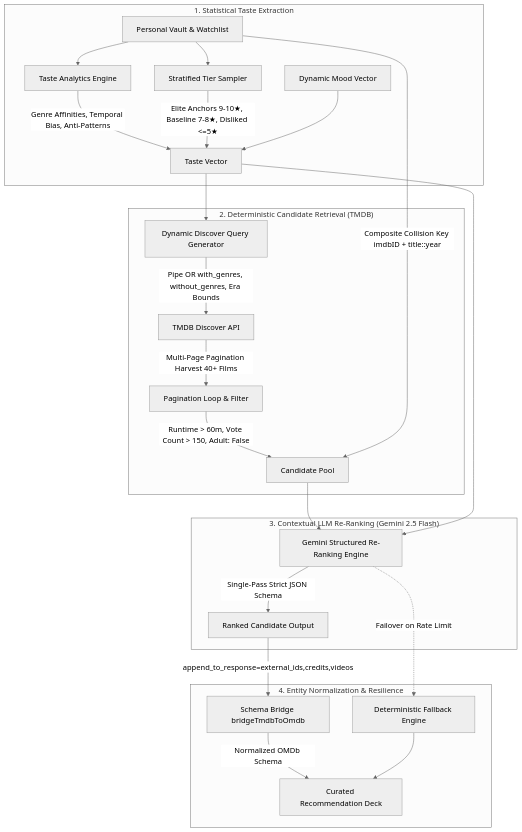
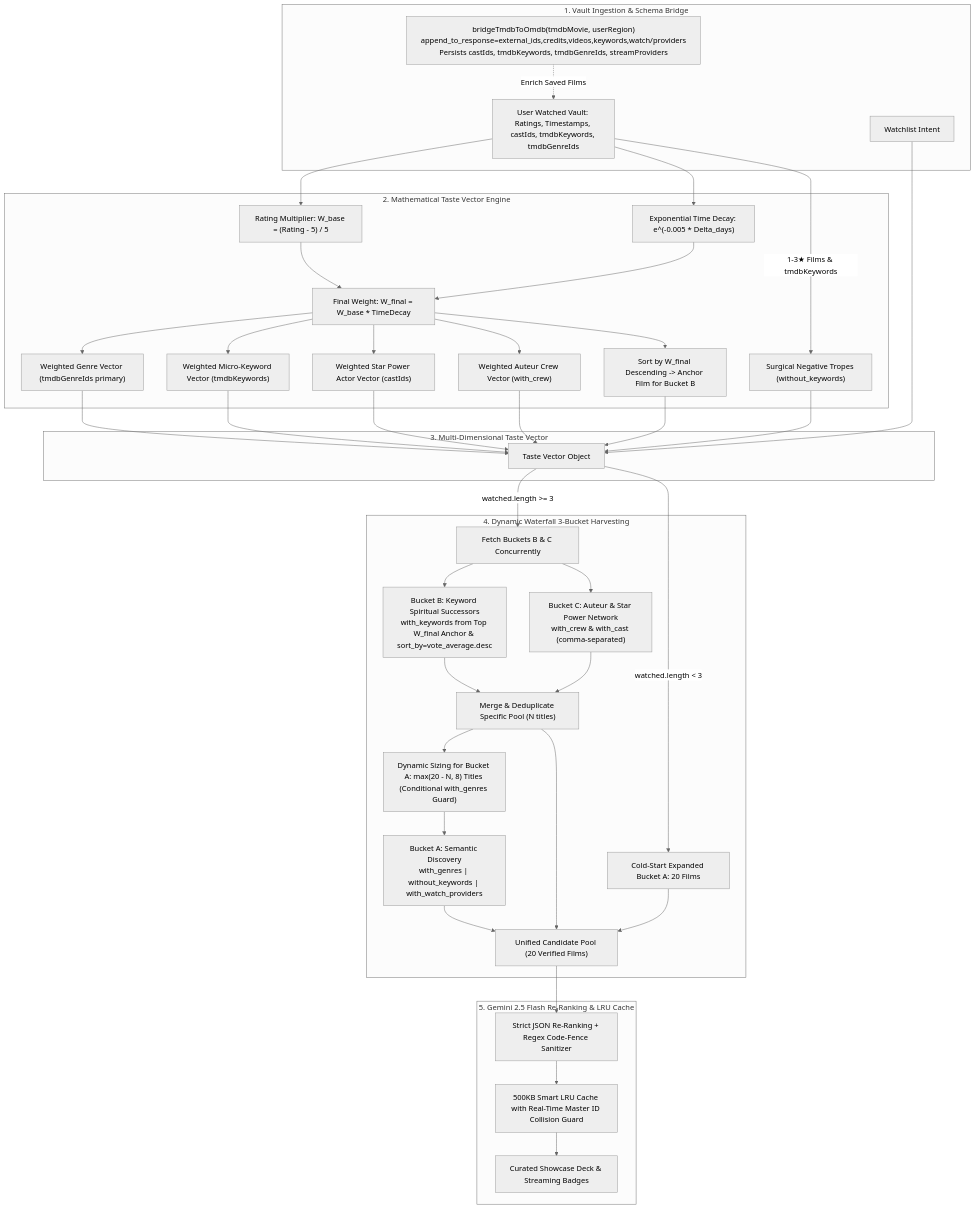
One commit to khuzaima175/React-Movie-Original changed the diagram in README.md. Above: the diagram before and after it, drawn with Mermaid (neutral theme). The commit also changed other lines of this file and 5 other files, not shown here.

Commit message:
feat: complete v3.0 god-tier recommendation engine with 3-bucket waterfall, LRU cache, and trailer portal

````diff
--- a/README.md
+++ b/README.md
@@ -35,31 +35,57 @@
 ```mermaid
 flowchart TD
-    subgraph UserProfile ["1. Statistical Taste Extraction"]
-        V[Personal Vault & Watchlist] --> ST[Stratified Tier Sampler]
-        V --> TP[Taste Analytics Engine]
-        TP -->|Genre Affinities, Temporal Bias, Anti-Patterns| TV[Taste Vector]
-        ST -->|Elite Anchors 9-10★, Baseline 7-8★, Disliked <=5★| TV
-        MB[Dynamic Mood Vector] --> TV
+    subgraph RawVault ["1. Vault Ingestion & Schema Bridge"]
+        V[User Watched Vault: Ratings, Timestamps, castIds, tmdbKeywords, tmdbGenreIds]
+        W[Watchlist Intent]
+        SB["bridgeTmdbToOmdb(tmdbMovie, userRegion)\nappend_to_response=external_ids,credits,videos,keywords,watch/providers\nPersists castIds, tmdbKeywords, tmdbGenreIds, streamProviders"] -.->|Enrich Saved Films| V
     end
 
-    subgraph Stage1 ["2. Deterministic Candidate Retrieval (TMDB)"]
-        TV --> QG[Dynamic Discover Query Generator]
-        QG -->|Pipe OR with_genres, without_genres, Era Bounds| TMDB[TMDB Discover API]
-        TMDB -->|Multi-Page Pagination Harvest 40+ Films| PL[Pagination Loop & Filter]
-        PL -->|Runtime > 60m, Vote Count > 150, Adult: False| CF[Candidate Pool]
-        V -->|Composite Collision Key imdbID + title::year| CF
+    subgraph MathEngine ["2. Mathematical Taste Vector Engine"]
+        V --> W_CALC["Rating Multiplier: W_base = (Rating - 5) / 5"]
+        V --> T_CALC["Exponential Time Decay: e^(-0.005 * Delta_days)"]
+        W_CALC --> FINAL_W["Final Weight: W_final = W_base * TimeDecay"]
+        T_CALC --> FINAL_W
+
+        FINAL_W --> ANCHOR["Sort by W_final Descending -> Anchor Film for Bucket B"]
+        FINAL_W --> GENRE_V["Weighted Genre Vector (tmdbGenreIds primary)"]
+        FINAL_W --> KEYWORD_V["Weighted Micro-Keyword Vector (tmdbKeywords)"]
+        FINAL_W --> CAST_V["Weighted Star Power Actor Vector (castIds)"]
+        FINAL_W --> CREW_V["Weighted Auteur Crew Vector (with_crew)"]
+        
+        V -->|1-3★ Films & tmdbKeywords| HATED_K["Surgical Negative Tropes (without_keywords)"]
     end
 
-    subgraph Stage2 ["3. Contextual LLM Re-Ranking (Gemini 2.5 Flash)"]
-        CF --> GRR[Gemini Structured Re-Ranking Engine]
-        TV --> GRR
-        GRR -->|Single-Pass Strict JSON Schema| RR[Ranked Candidate Output]
+    subgraph UnifiedVector ["3. Multi-Dimensional Taste Vector"]
+        GENRE_V --> TV[Taste Vector Object]
+        KEYWORD_V --> TV
+        CAST_V --> TV
+        CREW_V --> TV
+        ANCHOR --> TV
+        HATED_K --> TV
+        W --> TV
     end
 
-    subgraph Stage3 ["4. Entity Normalization & Resilience"]
-        RR -->|append_to_response=external_ids,credits,videos| SB[Schema Bridge bridgeTmdbToOmdb]
-        SB -->|Normalized OMDb Schema| UI[Curated Recommendation Deck]
-        GRR -.->|Failover on Rate Limit| DET[Deterministic Fallback Engine]
-        DET --> UI
+    subgraph WaterfallHarvesting ["4. Dynamic Waterfall 3-Bucket Harvesting"]
+        TV -->|watched.length < 3| CS[Cold-Start Expanded Bucket A: 20 Films]
+        
+        TV -->|watched.length >= 3| SPEC[Fetch Buckets B & C Concurrently]
+        SPEC --> B2["Bucket B: Keyword Spiritual Successors\nwith_keywords from Top W_final Anchor & sort_by=vote_average.desc"]
+        SPEC --> B3["Bucket C: Auteur & Star Power Network\nwith_crew & with_cast (comma-separated)"]
+        
+        B2 --> POOL_SPEC["Merge & Deduplicate Specific Pool (N titles)"]
+        B3 --> POOL_SPEC
+        
+        POOL_SPEC --> DYN["Dynamic Sizing for Bucket A: max(20 - N, 8) Titles (Conditional with_genres Guard)"]
+        DYN --> B1["Bucket A: Semantic Discovery\nwith_genres | without_keywords | with_watch_providers"]
+        
+        B1 --> CP["Unified Candidate Pool (20 Verified Films)"]
+        POOL_SPEC --> CP
+        CS --> CP
+    end
+
+    subgraph LLMAndCache ["5. Gemini 2.5 Flash Re-Ranking & LRU Cache"]
+        CP --> GEM[Strict JSON Re-Ranking + Regex Code-Fence Sanitizer]
+        GEM --> LRU[500KB Smart LRU Cache with Real-Time Master ID Collision Guard]
+        LRU --> UI[Curated Showcase Deck & Streaming Badges]
     end
 ```
````
